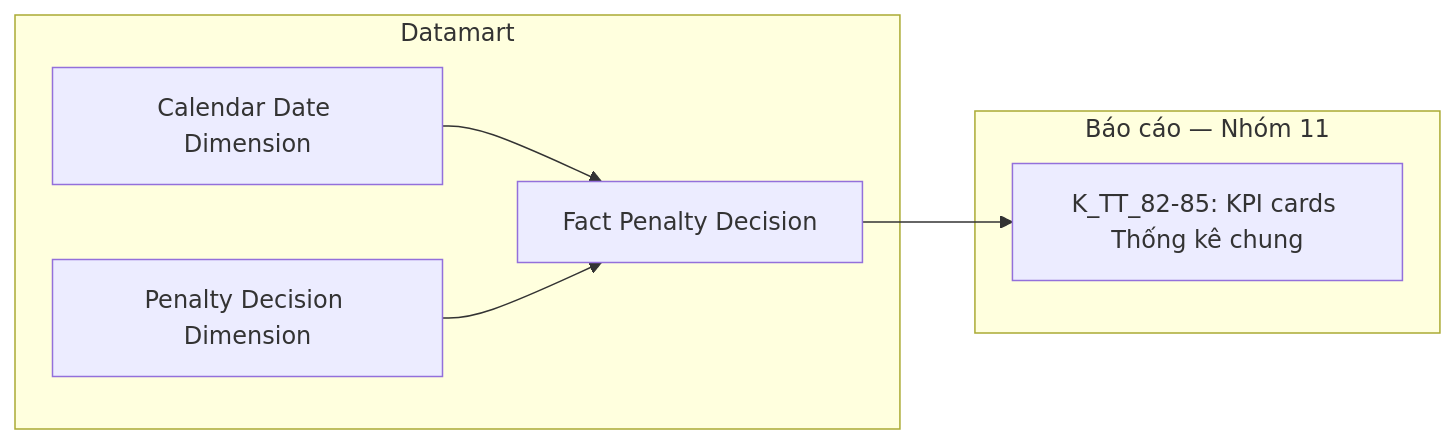
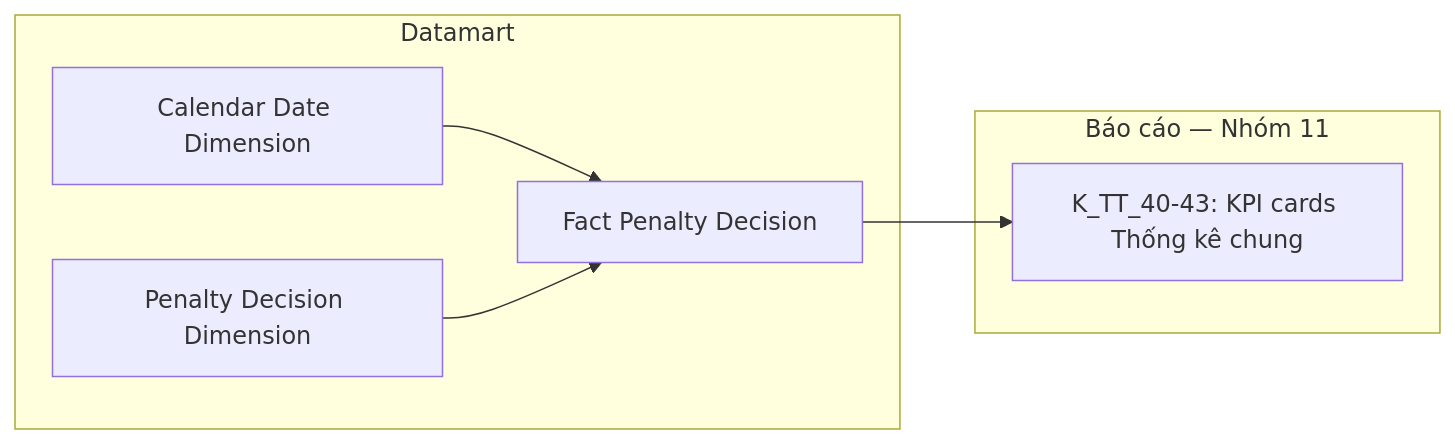
Before and after one commit to linhlvit/ubck_atomic_design: diagram 34 of 50 in Datamart/hld/DTM_TT_HLD.md, drawn with Mermaid. The commit also changed other lines of this file and 8 other files, not shown here.

````diff
--- a/Datamart/hld/DTM_TT_HLD.md
+++ b/Datamart/hld/DTM_TT_HLD.md
@@ -1283,14 +1250,14 @@
 ```mermaid
 flowchart LR
     subgraph Datamart["Datamart"]
         G1["Fact Penalty Decision"]
         G2["Calendar Date Dimension"]
         G3["Penalty Decision Dimension"]
     end
     subgraph RPT["Báo cáo — Nhóm 11"]
-        R1["K_TT_82-85: KPI cards Thống kê chung"]
+        R1["K_TT_40-43: KPI cards Thống kê chung"]
     end
     G2 --> G1
     G3 --> G1
     G1 --> R1
 ```
````
